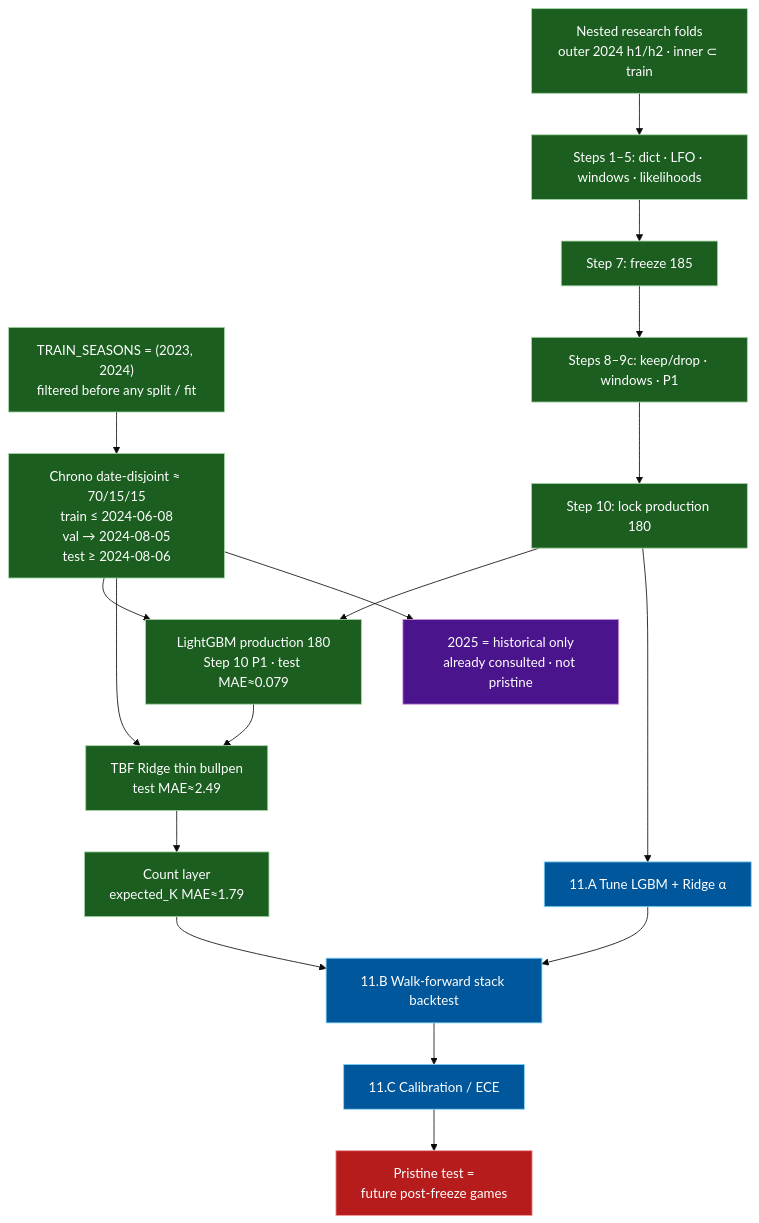
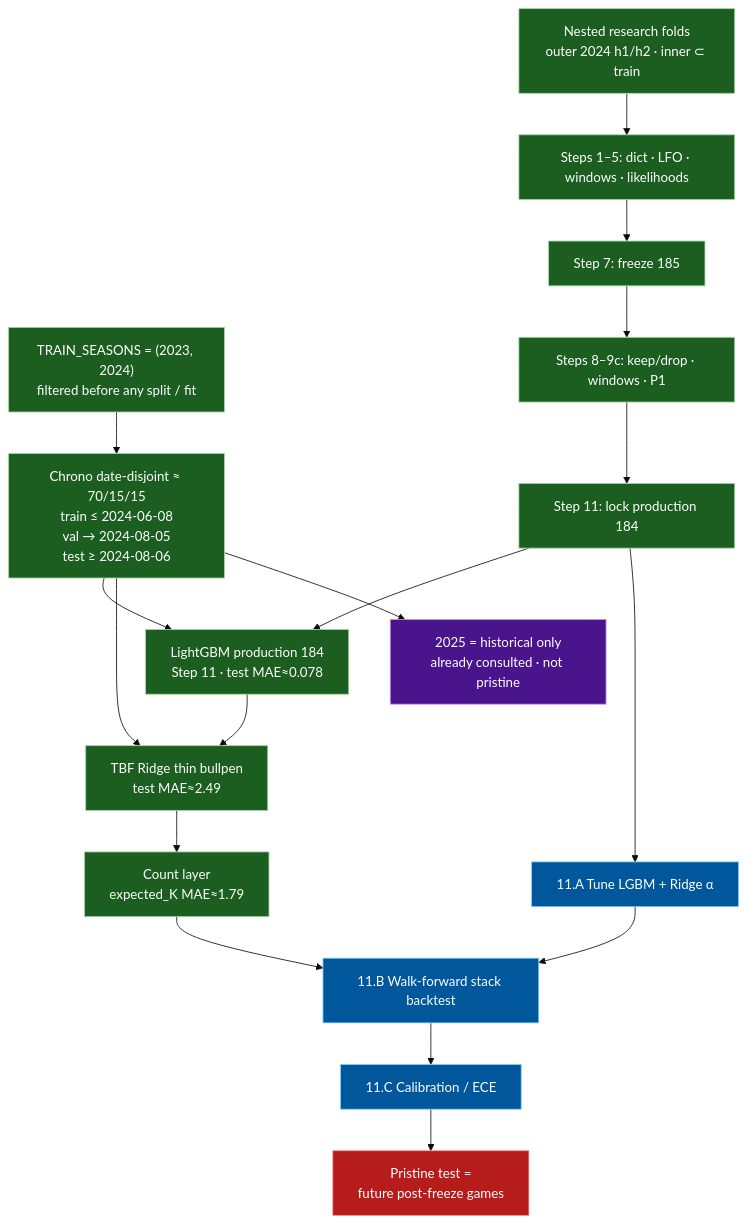
One commit to Cbkaplinger/MLB-Props changed the diagram in docs/diagrams/03-modeling-and-evaluation.md. Above: the diagram before and after it, drawn with Mermaid (base theme). The commit also changed 35 other files, not shown here.

````diff
--- a/docs/diagrams/03-modeling-and-evaluation.md
+++ b/docs/diagrams/03-modeling-and-evaluation.md
@@ -6,39 +6,39 @@
 ```mermaid
 flowchart TB
   classDef built fill:#1b5e20,stroke:#a5d6a7,color:#fff
   classDef partial fill:#e65100,stroke:#ffcc80,color:#fff
   classDef missing fill:#b71c1c,stroke:#ef9a9a,color:#fff
   classDef risk fill:#4a148c,stroke:#ce93d8,color:#fff
   classDef next fill:#01579b,stroke:#81d4fa,color:#fff
 
   SEAS["TRAIN_SEASONS = (2023, 2024)<br/>filtered before any split / fit"]:::built
   SPLIT["Chrono date-disjoint ≈ 70/15/15<br/>train ≤ 2024-06-08<br/>val → 2024-08-05<br/>test ≥ 2024-08-06"]:::built
   NEST["Nested research folds<br/>outer 2024 h1/h2 · inner ⊂ train"]:::built
 
-  LGBM["LightGBM production 180<br/>Step 10 P1 · test MAE≈0.079"]:::built
+  LGBM["LightGBM production 184<br/>Step 11 · test MAE≈0.078"]:::built
   TBF["TBF Ridge thin bullpen<br/>test MAE≈2.49"]:::built
   CNT["Count layer<br/>expected_K MAE≈1.79"]:::built
   HOLD["2025 = historical only<br/>already consulted · not pristine"]:::risk
 
   S1["Steps 1–5: dict · LFO · windows · likelihoods"]:::built
   S7["Step 7: freeze 185"]:::built
   S89["Steps 8–9c: keep/drop · windows · P1"]:::built
-  S10["Step 10: lock production 180"]:::built
+  S10["Step 11: lock production 184"]:::built
 
   TUNE["11.A Tune LGBM + Ridge α"]:::next
   WF["11.B Walk-forward stack backtest"]:::next
   CAL["11.C Calibration / ECE"]:::next
   NEXT["Pristine test =<br/>future post-freeze games"]:::missing
 
   SEAS --> SPLIT
   SPLIT --> LGBM
   SPLIT --> TBF
   SPLIT --> HOLD
   NEST --> S1
   S1 --> S7 --> S89 --> S10
   S10 --> LGBM
   LGBM --> TBF --> CNT
   S10 --> TUNE --> WF --> CAL
   CNT --> WF
   CAL --> NEXT
 ```
````
